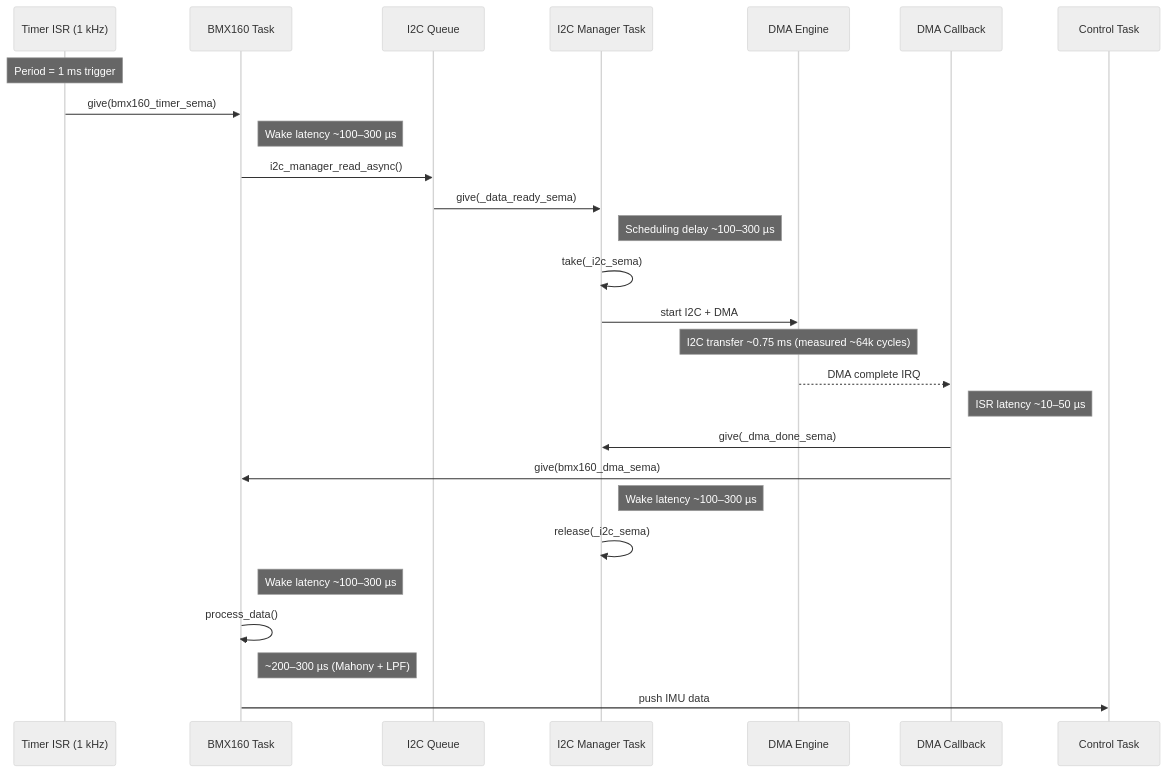
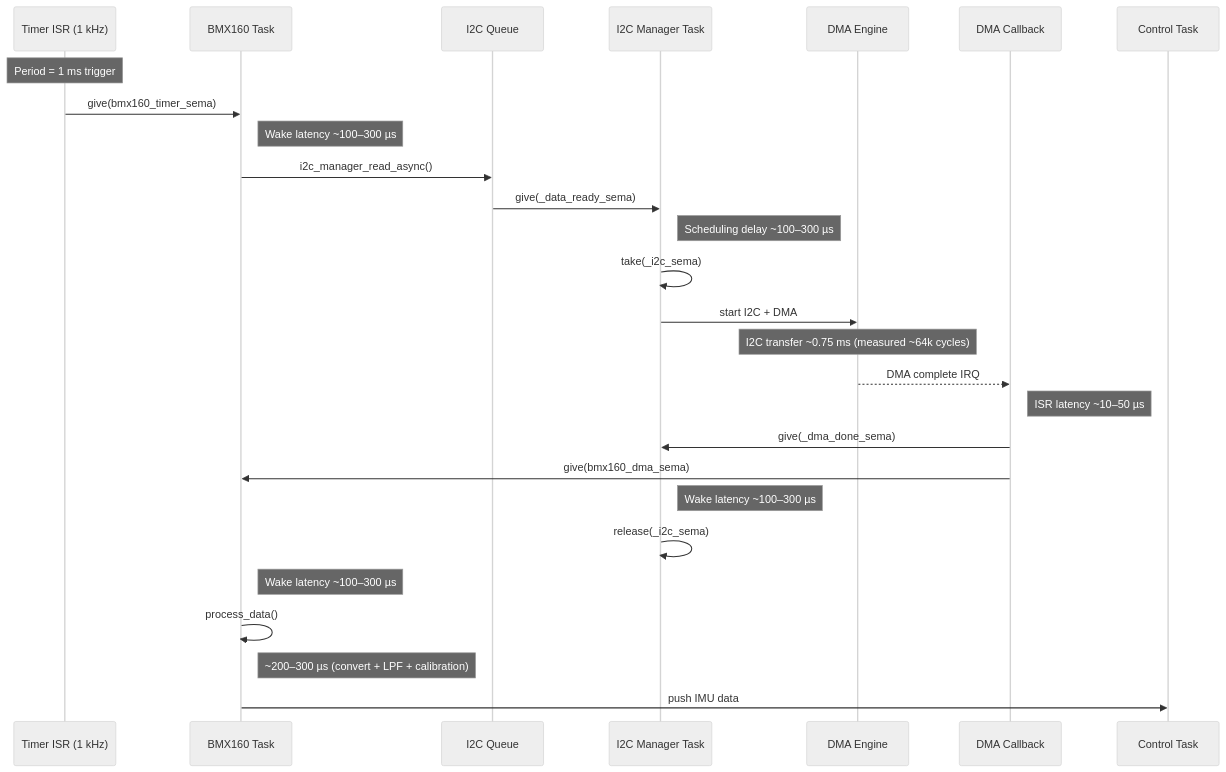
The second of 2 diagrams in docs/reference/imu/sensor_data_flow.md (ragnar-vallhala/vayu), drawn with Mermaid (neutral theme) before and after one commit. The commit also changed other lines of this file and 30 other files, not shown here.

````diff
--- a/docs/reference/imu/sensor_data_flow.md
+++ b/docs/reference/imu/sensor_data_flow.md
@@ -55,42 +61,42 @@
 ```mermaid
 sequenceDiagram
     participant T as Timer ISR (1 kHz)
     participant IMU as BMX160 Task
     participant Q as I2C Queue
     participant I2C as I2C Manager Task
     participant DMA as DMA Engine
     participant ISR as DMA Callback
     participant CTRL as Control Task
 
     Note over T: Period = 1 ms trigger
 
     T->>IMU: give(bmx160_timer_sema)
     Note right of IMU: Wake latency ~100–300 µs
 
     IMU->>Q: i2c_manager_read_async()
     Q->>I2C: give(_data_ready_sema)
 
     Note right of I2C: Scheduling delay ~100–300 µs
 
     I2C->>I2C: take(_i2c_sema)
     I2C->>DMA: start I2C + DMA
 
     Note over DMA: I2C transfer ~0.75 ms  (measured ~64k cycles)
 
     DMA-->>ISR: DMA complete IRQ
 
     Note right of ISR: ISR latency ~10–50 µs
 
     ISR->>I2C: give(_dma_done_sema)
     ISR->>IMU: give(bmx160_dma_sema)
 
     Note right of I2C: Wake latency ~100–300 µs
     I2C->>I2C: release(_i2c_sema)
 
     Note right of IMU: Wake latency ~100–300 µs
 
     IMU->>IMU: process_data()
-    Note right of IMU: ~200–300 µs (Mahony + LPF)
+    Note right of IMU: ~200–300 µs (convert + LPF + calibration)
 
     IMU->>CTRL: push IMU data
 ```
````
